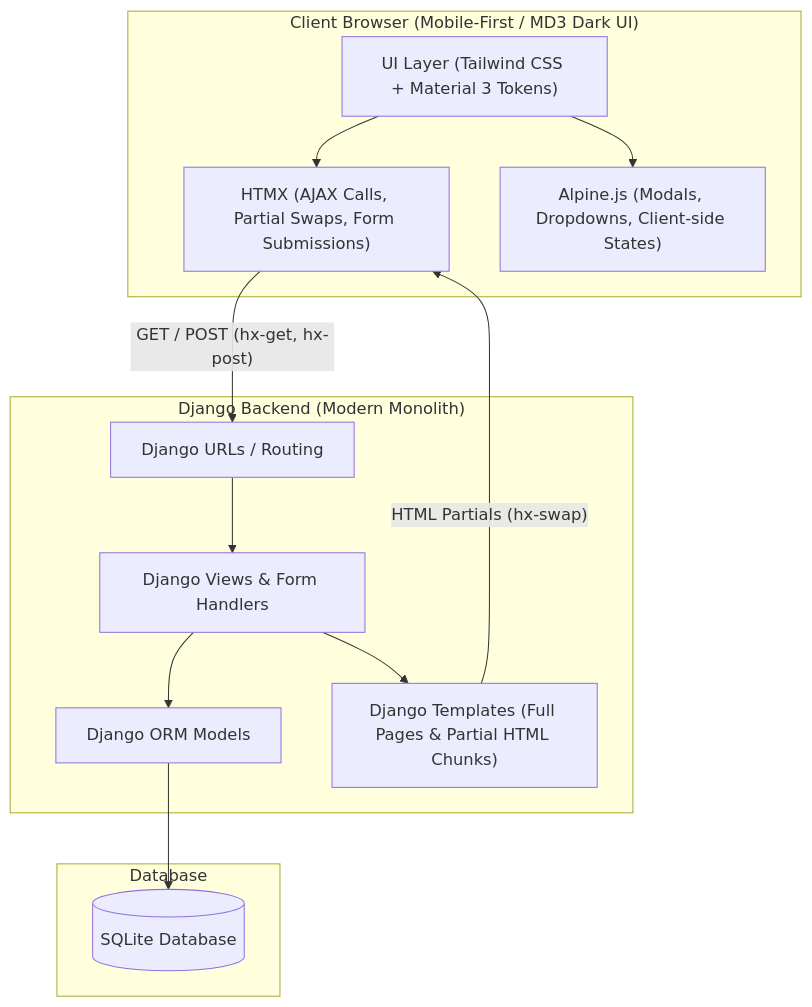
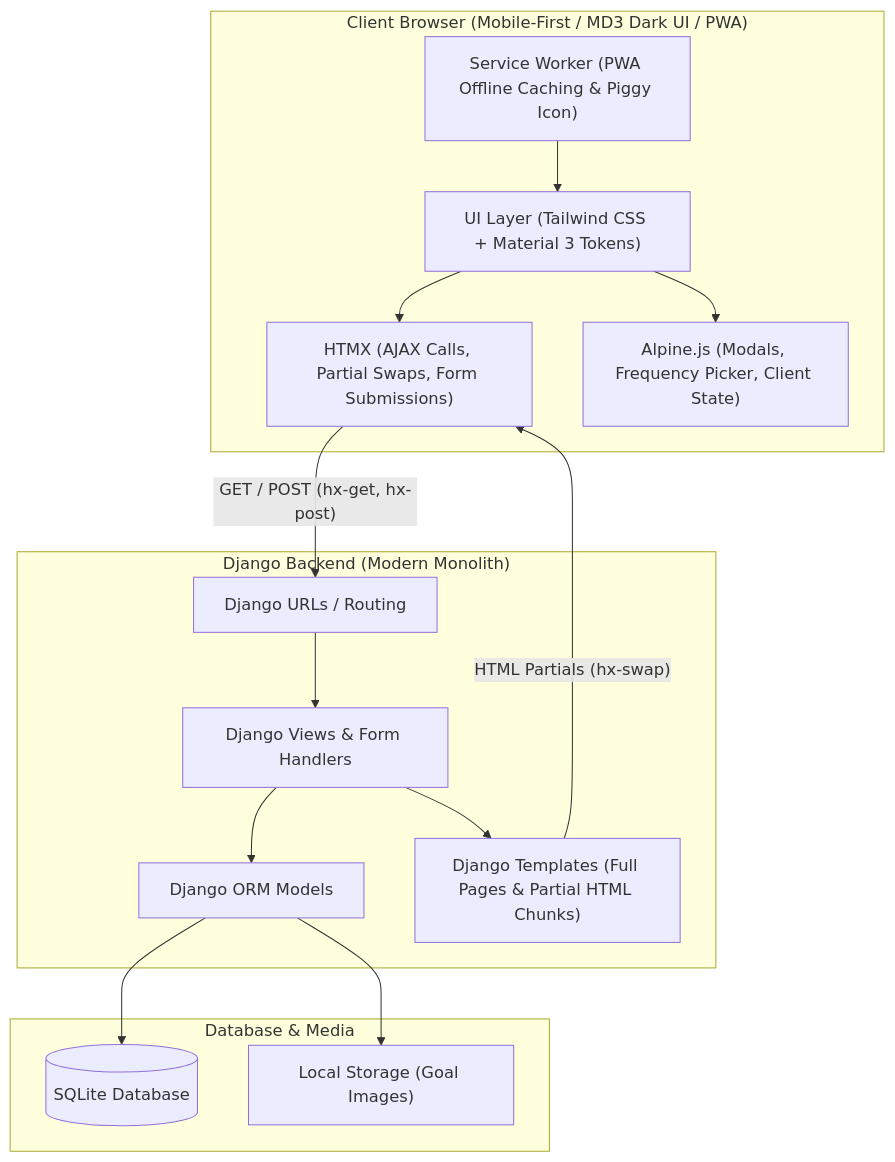
One commit to AliAlhafidz/PencatatTabungan changed the first of 3 diagrams in PRD_AND_ERD.md. Above: the diagram before and after it, drawn with Mermaid. The commit also changed other lines of this file and 1 other file, not shown here.

Commit message:
docs: synchronize PRD, ERD, User Flow, and README with latest features and UI adjustments

````diff
--- a/PRD_AND_ERD.md
+++ b/PRD_AND_ERD.md
@@ -39,28 +44,32 @@
 ```mermaid
 flowchart TD
-    subgraph Client ["Client Browser (Mobile-First / MD3 Dark UI)"]
+    subgraph Client ["Client Browser (Mobile-First / MD3 Dark UI / PWA)"]
         UI["UI Layer (Tailwind CSS + Material 3 Tokens)"]
-        Alpine["Alpine.js (Modals, Dropdowns, Client-side States)"]
+        Alpine["Alpine.js (Modals, Frequency Picker, Client State)"]
         HTMX["HTMX (AJAX Calls, Partial Swaps, Form Submissions)"]
+        SW["Service Worker (PWA Offline Caching & Piggy Icon)"]
     end
 
     subgraph Server ["Django Backend (Modern Monolith)"]
         Urls["Django URLs / Routing"]
         Views["Django Views & Form Handlers"]
         Templates["Django Templates (Full Pages & Partial HTML Chunks)"]
         Models["Django ORM Models"]
     end
 
-    subgraph Storage ["Database"]
+    subgraph Storage ["Database & Media"]
         SQLite[("SQLite Database")]
+        Media["Local Storage (Goal Images)"]
     end
 
     UI --> HTMX
     UI --> Alpine
+    SW --> UI
     HTMX -- "GET / POST (hx-get, hx-post)" --> Urls
     Urls --> Views
     Views --> Models
     Models --> SQLite
+    Models --> Media
     Views --> Templates
     Templates -- "HTML Partials (hx-swap)" --> HTMX
 ```
````
